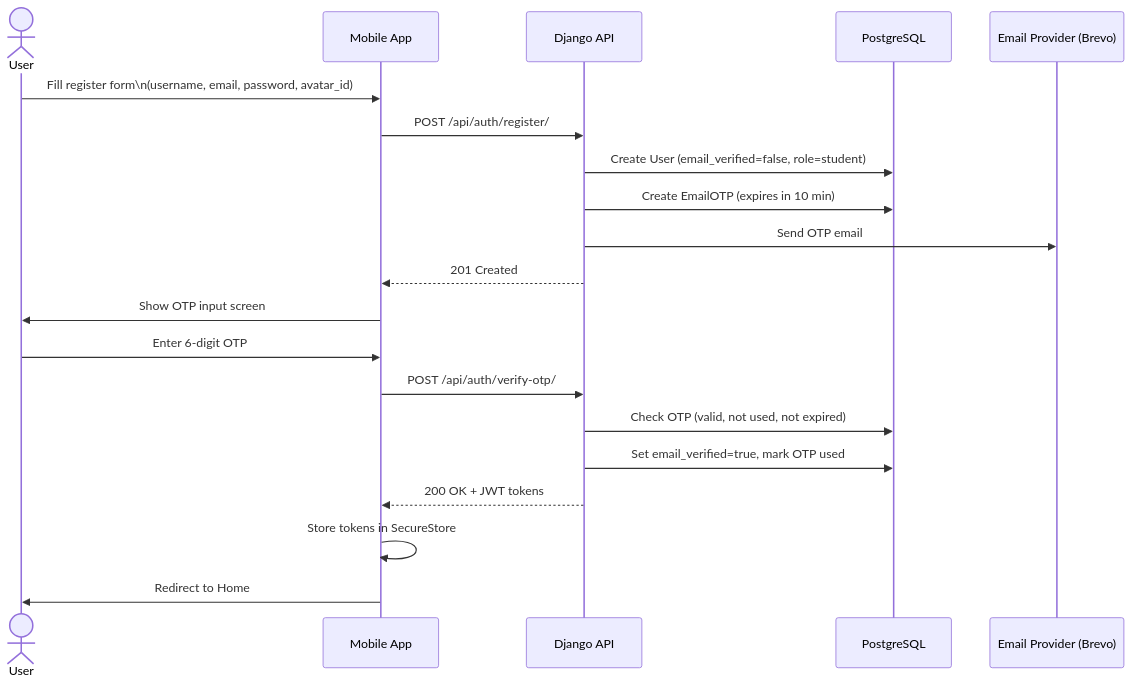
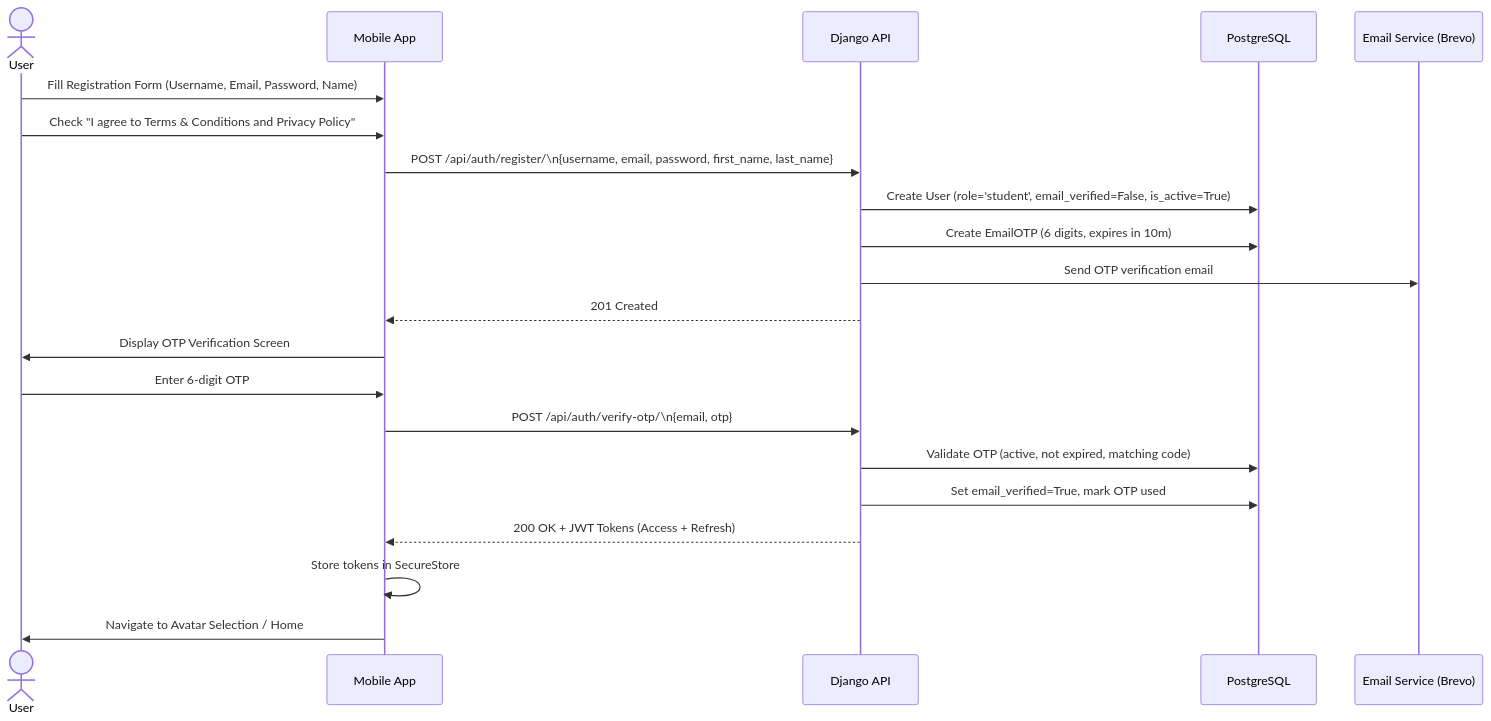
The first of 8 diagrams in data-flow.md (Cipher-Syntax/ARQuest), drawn with Mermaid before and after one commit. The commit also changed other lines of this file and 10 other files, not shown here.

Commit message:
feat(web): redesign Admin Dashboard with real-time KPIs, foot traffic charts, and content coverage; synchronize all 9 system architecture docs

````diff
--- a/data-flow.md
+++ b/data-flow.md
@@ -10,24 +10,25 @@
 ```mermaid
 sequenceDiagram
     actor User
     participant App as Mobile App
     participant API as Django API
     participant DB as PostgreSQL
-    participant Email as Email Provider (Brevo)
+    participant Email as Email Service (Brevo)
 
-    User->>App: Fill register form\n(username, email, password, avatar_id)
-    App->>API: POST /api/auth/register/
-    API->>DB: Create User (email_verified=false, role=student)
-    API->>DB: Create EmailOTP (expires in 10 min)
-    API->>Email: Send OTP email
+    User->>App: Fill Registration Form (Username, Email, Password, Name)
+    User->>App: Check "I agree to Terms & Conditions and Privacy Policy"
+    App->>API: POST /api/auth/register/\n{username, email, password, first_name, last_name}
+    API->>DB: Create User (role='student', email_verified=False, is_active=True)
+    API->>DB: Create EmailOTP (6 digits, expires in 10m)
+    API->>Email: Send OTP verification email
     API-->>App: 201 Created
-    App->>User: Show OTP input screen
+    App->>User: Display OTP Verification Screen
 
     User->>App: Enter 6-digit OTP
-    App->>API: POST /api/auth/verify-otp/
-    API->>DB: Check OTP (valid, not used, not expired)
-    API->>DB: Set email_verified=true, mark OTP used
-    API-->>App: 200 OK + JWT tokens
+    App->>API: POST /api/auth/verify-otp/\n{email, otp}
+    API->>DB: Validate OTP (active, not expired, matching code)
+    API->>DB: Set email_verified=True, mark OTP used
+    API-->>App: 200 OK + JWT Tokens (Access + Refresh)
     App->>App: Store tokens in SecureStore
-    App->>User: Redirect to Home
+    App->>User: Navigate to Avatar Selection / Home
 ```
````
